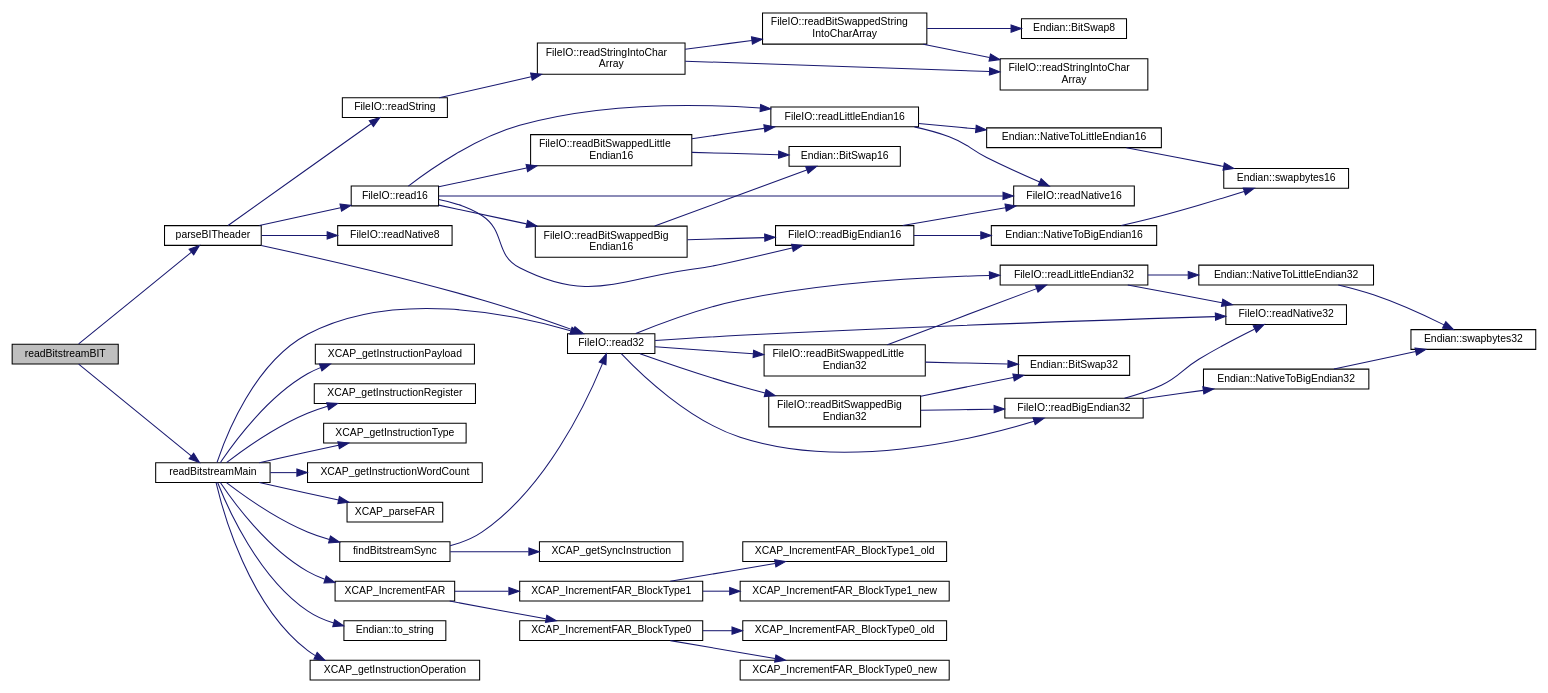
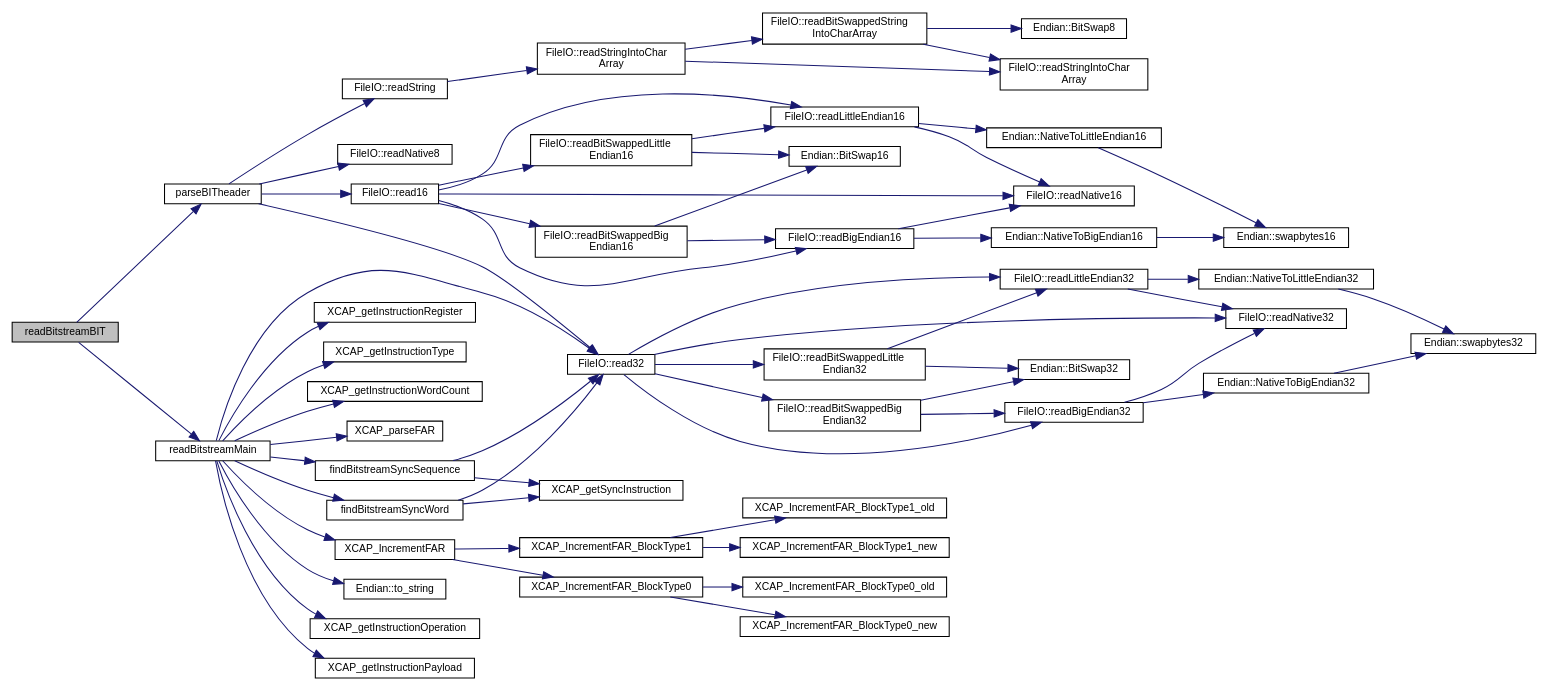
One commit to FPGA-Research-Manchester/byteman changed the diagram in inlineInput_8h_a2015af67475241b52cb4fdd54ab6577e_cgraph.dot. Above: the diagram before and after it, drawn with Graphviz. The commit also changed 747 other files, not shown here.

```diff
--- a/inlineInput_8h_a2015af67475241b52cb4fdd54ab6577e_cgraph.dot
+++ b/inlineInput_8h_a2015af67475241b52cb4fdd54ab6577e_cgraph.dot
@@ -76,37 +76,41 @@
   Node1 -> Node29 [color="midnightblue",fontsize="10",style="solid",fontname="Helvetica"];
   Node29 [label="readBitstreamMain",height=0.2,width=0.4,color="black", fillcolor="white", style="filled",URL="$inlineInput_8h.html#a0487f8d718905360038fc67d9cfbe63c",tooltip=" "];
   Node29 -> Node30 [color="midnightblue",fontsize="10",style="solid",fontname="Helvetica"];
-  Node30 [label="findBitstreamSync",height=0.2,width=0.4,color="black", fillcolor="white", style="filled",URL="$inlineInput_8h.html#a28adcfbf629a14df2fab79e403e9f098",tooltip=" "];
+  Node30 [label="findBitstreamSyncSequence",height=0.2,width=0.4,color="black", fillcolor="white", style="filled",URL="$inlineInput_8h.html#a377dbea0e75938e53bfa4e6bfd7c36c9",tooltip=" "];
   Node30 -> Node13 [color="midnightblue",fontsize="10",style="solid",fontname="Helvetica"];
   Node30 -> Node31 [color="midnightblue",fontsize="10",style="solid",fontname="Helvetica"];
   Node31 [label="XCAP_getSyncInstruction",height=0.2,width=0.4,color="black", fillcolor="white", style="filled",URL="$inlineCAP_8h.html#a445d56f4c0c7afb68ecfa18087a6af31",tooltip="Generate and return the encoding for a SYNC instruction."];
+  Node29 -> Node32 [color="midnightblue",fontsize="10",style="solid",fontname="Helvetica"];
+  Node32 [label="findBitstreamSyncWord",height=0.2,width=0.4,color="black", fillcolor="white", style="filled",URL="$inlineInput_8h.html#a83bf9e6c1b2005e37114d7573e79ace3",tooltip=" "];
+  Node32 -> Node13 [color="midnightblue",fontsize="10",style="solid",fontname="Helvetica"];
+  Node32 -> Node31 [color="midnightblue",fontsize="10",style="solid",fontname="Helvetica"];
   Node29 -> Node13 [color="midnightblue",fontsize="10",style="solid",fontname="Helvetica"];
-  Node29 -> Node32 [color="midnightblue",fontsize="10",style="solid",fontname="Helvetica"];
-  Node32 [label="Endian::to_string",height=0.2,width=0.4,color="black", fillcolor="white", style="filled",URL="$namespaceEndian.html#ac9f4873f9a0c23291fa47d68dff6fbbc",tooltip=" "];
   Node29 -> Node33 [color="midnightblue",fontsize="10",style="solid",fontname="Helvetica"];
-  Node33 [label="XCAP_getInstructionOperation",height=0.2,width=0.4,color="black", fillcolor="white", style="filled",URL="$inlineCAP_8h.html#a1eb75ca7e22180ac716ad8209daadb04",tooltip="Parses and returns instruction operation. Most Xil instructions will NOP or write."];
+  Node33 [label="Endian::to_string",height=0.2,width=0.4,color="black", fillcolor="white", style="filled",URL="$namespaceEndian.html#ac9f4873f9a0c23291fa47d68dff6fbbc",tooltip=" "];
   Node29 -> Node34 [color="midnightblue",fontsize="10",style="solid",fontname="Helvetica"];
-  Node34 [label="XCAP_getInstructionPayload",height=0.2,width=0.4,color="black", fillcolor="white", style="filled",URL="$inlineCAP_8h.html#a24b3d1820ac04f03d70f37a2c9ca3c9f",tooltip="Parses and returns instruction payload. This is the immediate value after instruction type and operat..."];
+  Node34 [label="XCAP_getInstructionOperation",height=0.2,width=0.4,color="black", fillcolor="white", style="filled",URL="$inlineCAP_8h.html#a1eb75ca7e22180ac716ad8209daadb04",tooltip="Parses and returns instruction operation. Most Xil instructions will NOP or write."];
   Node29 -> Node35 [color="midnightblue",fontsize="10",style="solid",fontname="Helvetica"];
-  Node35 [label="XCAP_getInstructionRegister",height=0.2,width=0.4,color="black", fillcolor="white", style="filled",URL="$inlineCAP_8h.html#a0e95d810829bb4260d6c965e61953464",tooltip="Parses and returns instruction register. This is the register being addressed if the instruction is o..."];
+  Node35 [label="XCAP_getInstructionPayload",height=0.2,width=0.4,color="black", fillcolor="white", style="filled",URL="$inlineCAP_8h.html#a24b3d1820ac04f03d70f37a2c9ca3c9f",tooltip="Parses and returns instruction payload. This is the immediate value after instruction type and operat..."];
   Node29 -> Node36 [color="midnightblue",fontsize="10",style="solid",fontname="Helvetica"];
-  Node36 [label="XCAP_getInstructionType",height=0.2,width=0.4,color="black", fillcolor="white", style="filled",URL="$inlineCAP_8h.html#a9ba7438c226da96455dffd27d8a3dece",tooltip="Parses and returns instruction type. Valid Xil instructions will be of types 1 and 2."];
+  Node36 [label="XCAP_getInstructionRegister",height=0.2,width=0.4,color="black", fillcolor="white", style="filled",URL="$inlineCAP_8h.html#a0e95d810829bb4260d6c965e61953464",tooltip="Parses and returns instruction register. This is the register being addressed if the instruction is o..."];
   Node29 -> Node37 [color="midnightblue",fontsize="10",style="solid",fontname="Helvetica"];
-  Node37 [label="XCAP_getInstructionWordCount",height=0.2,width=0.4,color="black", fillcolor="white", style="filled",URL="$inlineCAP_8h.html#a3ae52aa039feb014d7b06766a75da7d8",tooltip="Parses and returns instruction word count. This is the number of words to be read/written if the inst..."];
+  Node37 [label="XCAP_getInstructionType",height=0.2,width=0.4,color="black", fillcolor="white", style="filled",URL="$inlineCAP_8h.html#a9ba7438c226da96455dffd27d8a3dece",tooltip="Parses and returns instruction type. Valid Xil instructions will be of types 1 and 2."];
   Node29 -> Node38 [color="midnightblue",fontsize="10",style="solid",fontname="Helvetica"];
-  Node38 [label="XCAP_IncrementFAR",height=0.2,width=0.4,color="black", fillcolor="white", style="filled",URL="$inlineFAR_8h.html#ada71464c75787bcd2a2de5a2e7743a3d",tooltip=" "];
-  Node38 -> Node39 [color="midnightblue",fontsize="10",style="solid",fontname="Helvetica"];
-  Node39 [label="XCAP_IncrementFAR_BlockType0",height=0.2,width=0.4,color="black", fillcolor="white", style="filled",URL="$inlineFAR_8h.html#a41d9a4a7f4863333dfb731618ac70f49",tooltip=" "];
+  Node38 [label="XCAP_getInstructionWordCount",height=0.2,width=0.4,color="black", fillcolor="white", style="filled",URL="$inlineCAP_8h.html#a3ae52aa039feb014d7b06766a75da7d8",tooltip="Parses and returns instruction word count. This is the number of words to be read/written if the inst..."];
+  Node29 -> Node39 [color="midnightblue",fontsize="10",style="solid",fontname="Helvetica"];
+  Node39 [label="XCAP_IncrementFAR",height=0.2,width=0.4,color="black", fillcolor="white", style="filled",URL="$inlineFAR_8h.html#ada71464c75787bcd2a2de5a2e7743a3d",tooltip=" "];
   Node39 -> Node40 [color="midnightblue",fontsize="10",style="solid",fontname="Helvetica"];
-  Node40 [label="XCAP_IncrementFAR_BlockType0_new",height=0.2,width=0.4,color="black", fillcolor="white", style="filled",URL="$inlineFAR_8h.html#ae73287221e889459f4797ab737c73675",tooltip=" "];
-  Node39 -> Node41 [color="midnightblue",fontsize="10",style="solid",fontname="Helvetica"];
-  Node41 [label="XCAP_IncrementFAR_BlockType0_old",height=0.2,width=0.4,color="black", fillcolor="white", style="filled",URL="$inlineFAR_8h.html#a7af01700cdf8295a0217aa06c7c2aa88",tooltip=" "];
-  Node38 -> Node42 [color="midnightblue",fontsize="10",style="solid",fontname="Helvetica"];
-  Node42 [label="XCAP_IncrementFAR_BlockType1",height=0.2,width=0.4,color="black", fillcolor="white", style="filled",URL="$inlineFAR_8h.html#a241e23fa866a5241fa5c4e0bab45df6a",tooltip=" "];
-  Node42 -> Node43 [color="midnightblue",fontsize="10",style="solid",fontname="Helvetica"];
-  Node43 [label="XCAP_IncrementFAR_BlockType1_new",height=0.2,width=0.4,color="black", fillcolor="white", style="filled",URL="$inlineFAR_8h.html#a88a8c2bc126f3a6a2f0d21216387e547",tooltip=" "];
-  Node42 -> Node44 [color="midnightblue",fontsize="10",style="solid",fontname="Helvetica"];
-  Node44 [label="XCAP_IncrementFAR_BlockType1_old",height=0.2,width=0.4,color="black", fillcolor="white", style="filled",URL="$inlineFAR_8h.html#af4c39bab2775412d8a027af559cbfc51",tooltip=" "];
-  Node29 -> Node45 [color="midnightblue",fontsize="10",style="solid",fontname="Helvetica"];
-  Node45 [label="XCAP_parseFAR",height=0.2,width=0.4,color="black", fillcolor="white", style="filled",URL="$inlineFAR_8h.html#a927d6ab4a838f56d601b5647bad75688",tooltip=" "];
+  Node40 [label="XCAP_IncrementFAR_BlockType0",height=0.2,width=0.4,color="black", fillcolor="white", style="filled",URL="$inlineFAR_8h.html#a41d9a4a7f4863333dfb731618ac70f49",tooltip=" "];
+  Node40 -> Node41 [color="midnightblue",fontsize="10",style="solid",fontname="Helvetica"];
+  Node41 [label="XCAP_IncrementFAR_BlockType0_new",height=0.2,width=0.4,color="black", fillcolor="white", style="filled",URL="$inlineFAR_8h.html#ae73287221e889459f4797ab737c73675",tooltip=" "];
+  Node40 -> Node42 [color="midnightblue",fontsize="10",style="solid",fontname="Helvetica"];
+  Node42 [label="XCAP_IncrementFAR_BlockType0_old",height=0.2,width=0.4,color="black", fillcolor="white", style="filled",URL="$inlineFAR_8h.html#a7af01700cdf8295a0217aa06c7c2aa88",tooltip=" "];
+  Node39 -> Node43 [color="midnightblue",fontsize="10",style="solid",fontname="Helvetica"];
+  Node43 [label="XCAP_IncrementFAR_BlockType1",height=0.2,width=0.4,color="black", fillcolor="white", style="filled",URL="$inlineFAR_8h.html#a241e23fa866a5241fa5c4e0bab45df6a",tooltip=" "];
+  Node43 -> Node44 [color="midnightblue",fontsize="10",style="solid",fontname="Helvetica"];
+  Node44 [label="XCAP_IncrementFAR_BlockType1_new",height=0.2,width=0.4,color="black", fillcolor="white", style="filled",URL="$inlineFAR_8h.html#a88a8c2bc126f3a6a2f0d21216387e547",tooltip=" "];
+  Node43 -> Node45 [color="midnightblue",fontsize="10",style="solid",fontname="Helvetica"];
+  Node45 [label="XCAP_IncrementFAR_BlockType1_old",height=0.2,width=0.4,color="black", fillcolor="white", style="filled",URL="$inlineFAR_8h.html#af4c39bab2775412d8a027af559cbfc51",tooltip=" "];
+  Node29 -> Node46 [color="midnightblue",fontsize="10",style="solid",fontname="Helvetica"];
+  Node46 [label="XCAP_parseFAR",height=0.2,width=0.4,color="black", fillcolor="white", style="filled",URL="$inlineFAR_8h.html#a927d6ab4a838f56d601b5647bad75688",tooltip=" "];
 }
```
